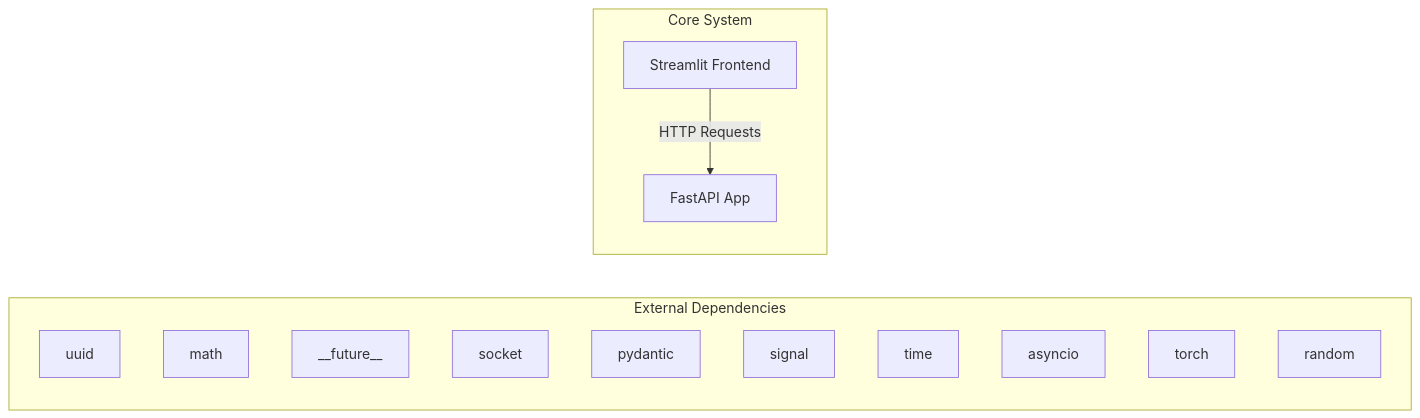
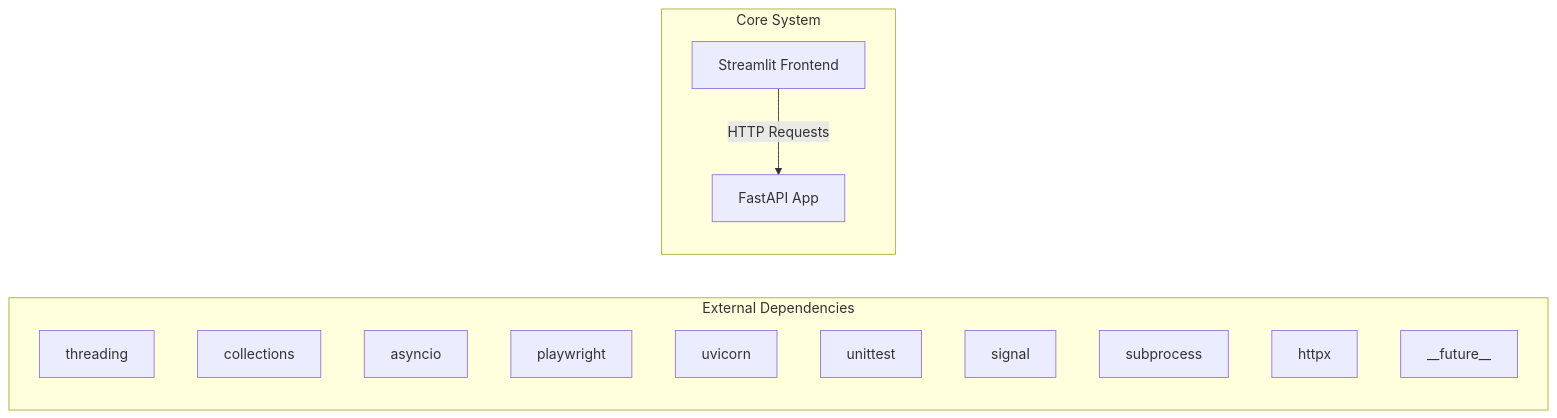
The first of 2 diagrams in docs/architecture.md (NITISH-R-G/rag-context-optimizer), drawn with Mermaid before and after one commit. The commit also changed 1 other file, not shown here.

Commit message:
docs: auto-update repository knowledge, architecture diagrams, and documentation

````diff
--- a/docs/architecture.md
+++ b/docs/architecture.md
@@ -7,20 +7,20 @@
 ```mermaid
 graph LR
     subgraph External Dependencies
-        E0["uuid"]
-        E1["math"]
-        E2["__future__"]
-        E3["socket"]
-        E4["pydantic"]
-        E5["signal"]
-        E6["time"]
-        E7["asyncio"]
-        E8["torch"]
-        E9["random"]
+        E0["threading"]
+        E1["collections"]
+        E2["asyncio"]
+        E3["playwright"]
+        E4["uvicorn"]
+        E5["unittest"]
+        E6["signal"]
+        E7["subprocess"]
+        E8["httpx"]
+        E9["__future__"]
     end
     subgraph Core System
         API["FastAPI App"]
         UI["Streamlit Frontend"]
     end
     UI -->|HTTP Requests| API
 ```
````
